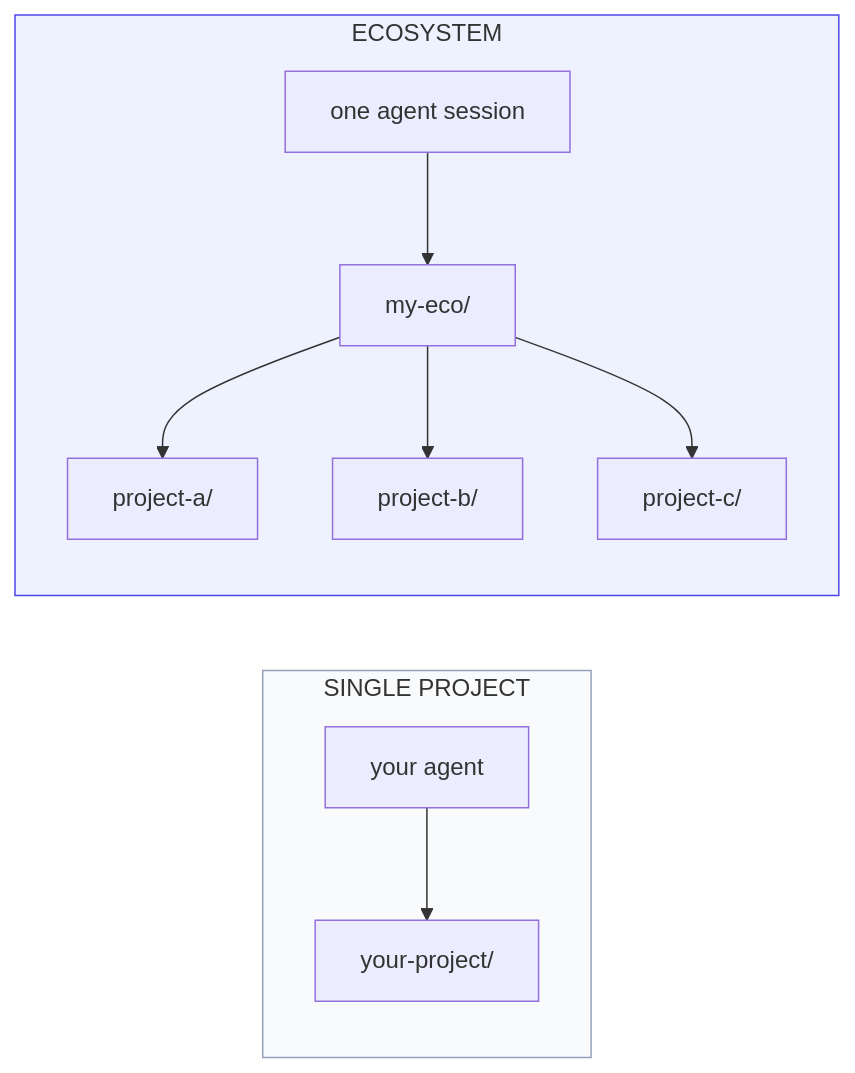
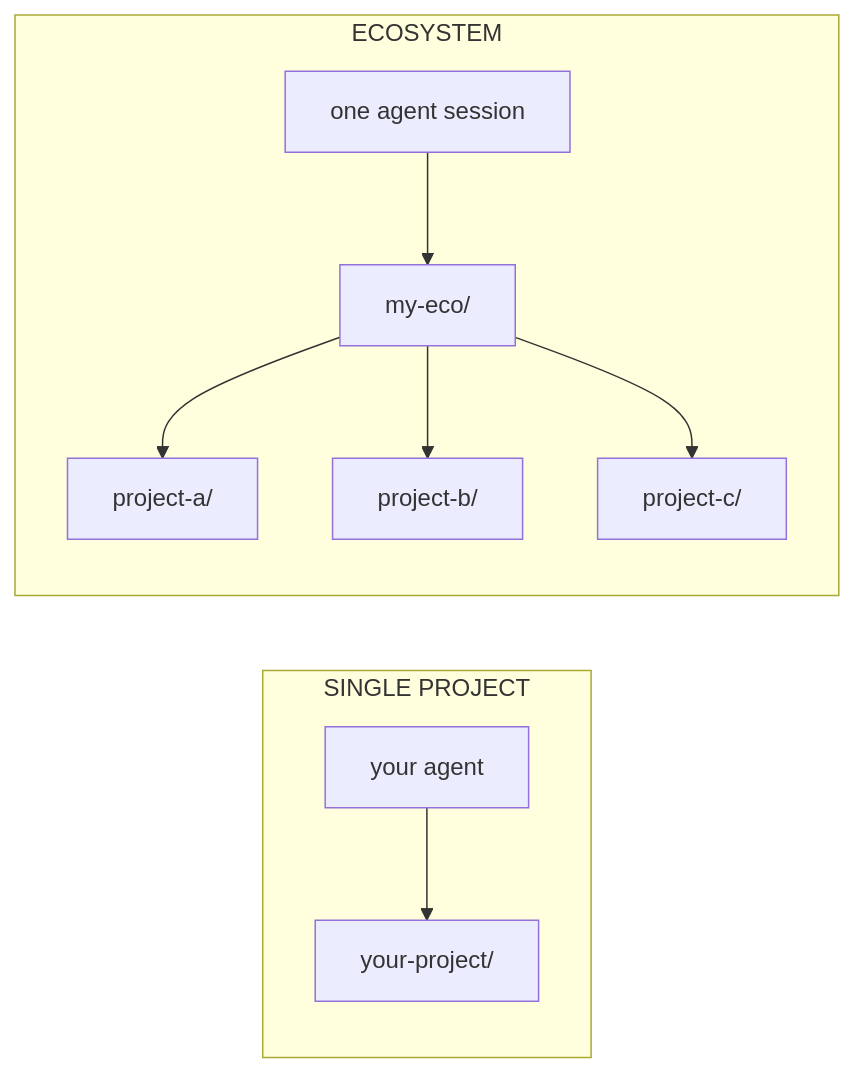
Before and after one commit to LiminaLabsAI/momentum: the diagram in README.md, drawn with Mermaid. The commit also changed other lines of this file and 5 other files, not shown here.

First line of the commit message:
fix(readme): dark-mode rendering — logo 404 → <picture> on absolute raw URLs; adaptive mermaid (v0.31.2)

````diff
--- a/README.md
+++ b/README.md
@@ -184,17 +187,14 @@
 ```mermaid
 flowchart LR
     subgraph single [SINGLE PROJECT]
         A1[your agent] --> A2[your-project/]
     end
 
     subgraph multi [ECOSYSTEM]
         B1[one agent session]
         B1 --> B2[my-eco/]
         B2 --> B3[project-a/]
         B2 --> B4[project-b/]
         B2 --> B5[project-c/]
     end
-
-    style single fill:#F8FAFC,stroke:#94A3B8,stroke-width:1px
-    style multi fill:#EEF2FF,stroke:#4F46E5,stroke-width:1px
 ```
````
